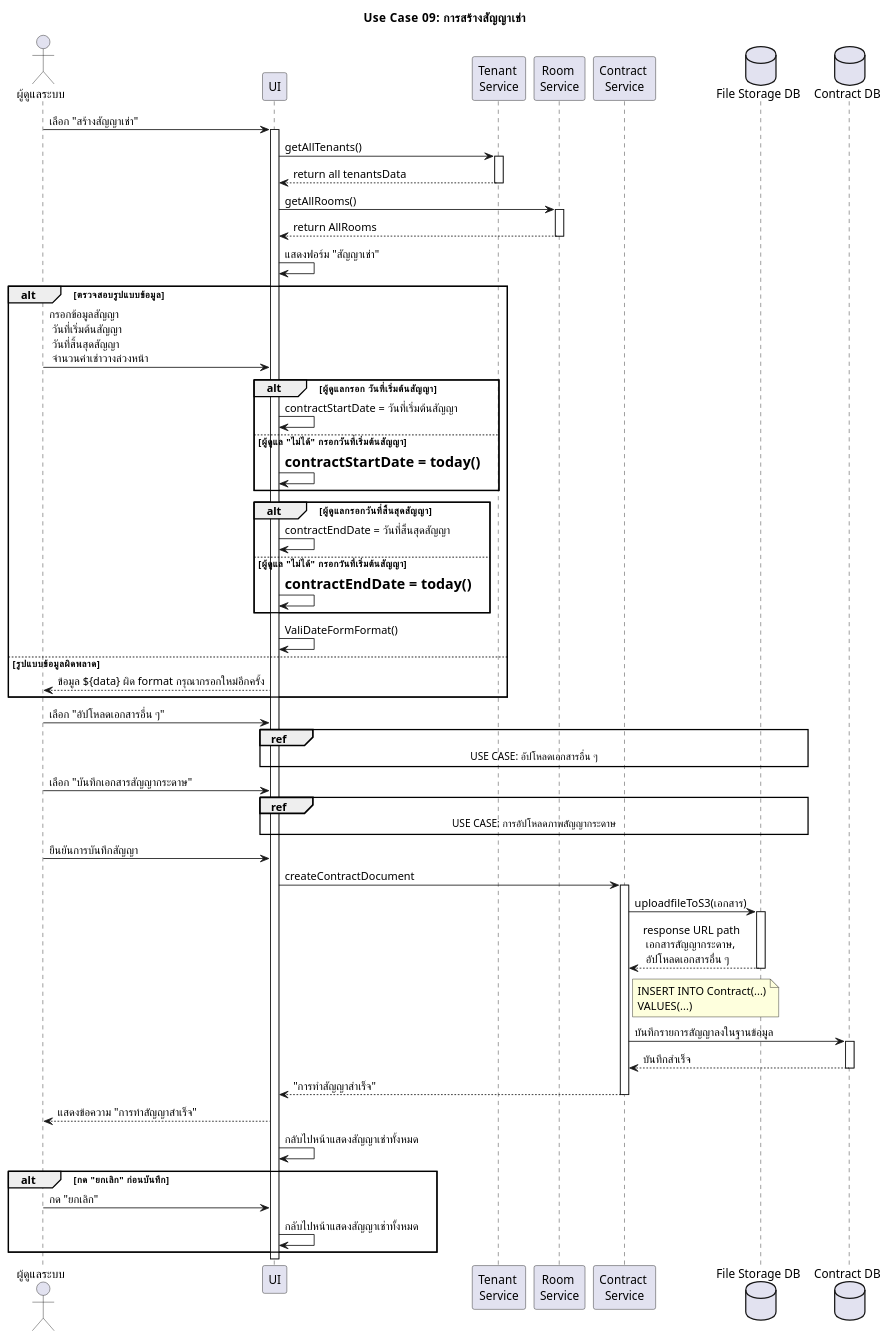
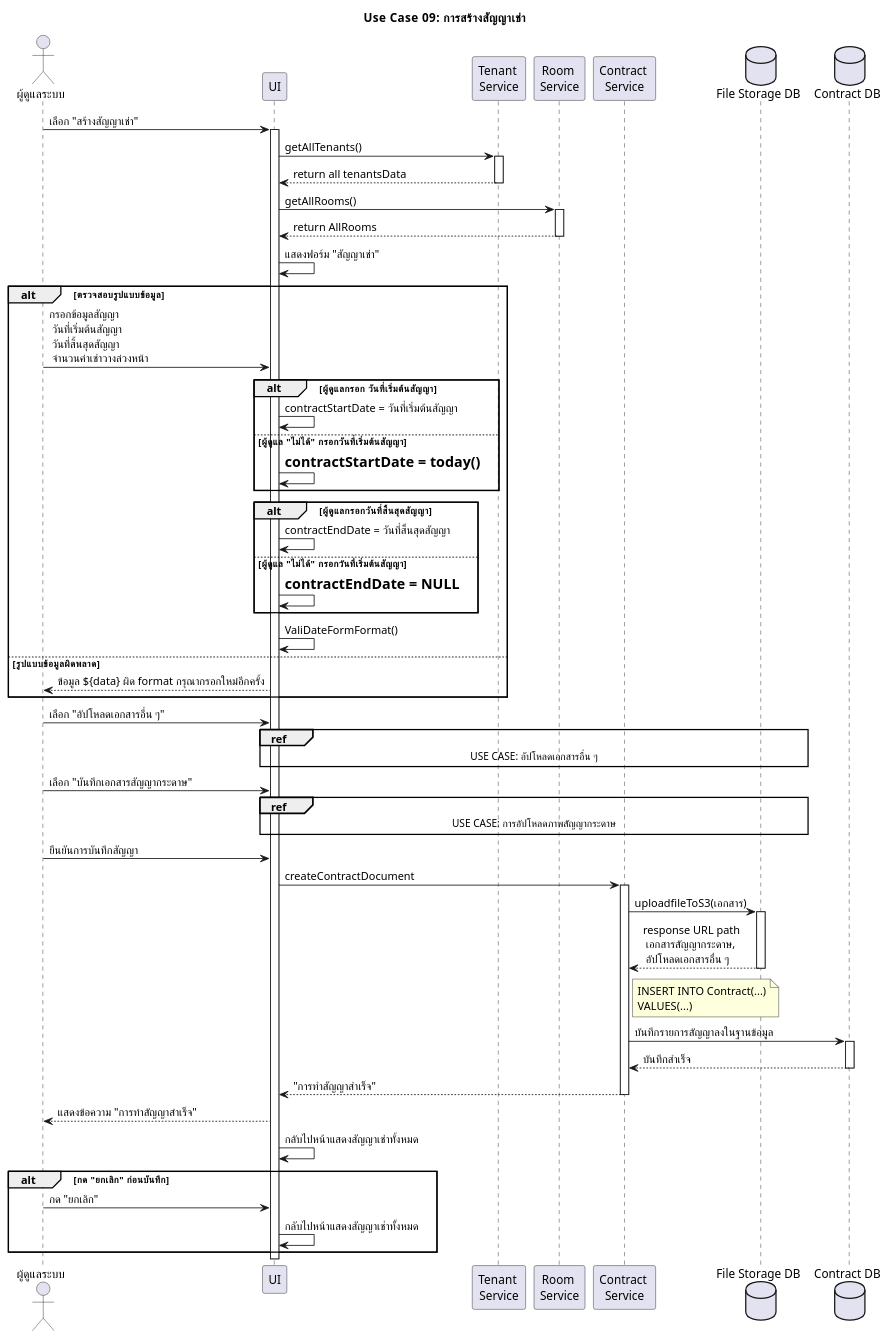
One commit to warinyang/UML-monthly-room-rent changed the diagram in usecase09_create_contract.plantuml. Above: the diagram before and after it, drawn with PlantUML.

```diff
--- a/usecase09_create_contract.plantuml
+++ b/usecase09_create_contract.plantuml
@@ -1,85 +1,85 @@
 @startuml
 skinparam defaultFontName "TH Sarabun New"
 title Use Case 09: การสร้างสัญญาเช่า
 actor "ผู้ดูแลระบบ" as Admin
 participant "UI" as UI
 participant "Tenant \nService" as TeMS
 participant "Room \nService" as RoMS
 
 participant "Contract \nService" as ConMS
 database "File Storage DB" as S3
 database "Contract DB" as DB
 
 Admin -> UI      : เลือก "สร้างสัญญาเช่า"
 activate UI
 
 
 UI -> TeMS         :  getAllTenants()
 activate TeMS
 TeMS-->UI:  return all tenantsData 
 deactivate TeMS
 
 
 UI -> RoMS         :  getAllRooms()
 activate RoMS
 RoMS --> UI        : return AllRooms
 deactivate RoMS
 
 
 UI -> UI         : แสดงฟอร์ม "สัญญาเช่า"
 alt ตรวจสอบรูปแบบข้อมูล
 Admin -> UI      : กรอกข้อมูลสัญญา\n วันที่เริ่มต้นสัญญา \n วันที่สิ้นสุดสัญญา \n จำนวนค่าเช่าวางล่วงหน้า
 
 alt ผู้ดูแลกรอก วันที่เริ่มต้นสัญญา
 UI -> UI         :  contractStartDate = วันที่เริ่มต้นสัญญา
 else ผู้ดูแล "ไม่ได้" กรอกวันที่เริ่มต้นสัญญา 
 UI -> UI         :  =contractStartDate = today()
 end
 
 alt ผู้ดูแลกรอกวันที่สิ้นสุดสัญญา
 UI -> UI         :  contractEndDate = วันที่สิ้นสุดสัญญา
 else ผู้ดูแล "ไม่ได้" กรอกวันที่เริ่มต้นสัญญา 
-UI -> UI         :  =contractEndDate = today()
+UI -> UI         :  =contractEndDate = NULL
 end
 
 UI -> UI  : ValiDateFormFormat()
 
 else รูปแบบข้อมูลผิดพลาด
 UI --> Admin: ข้อมูล ${data} ผิด format กรุณากรอกใหม่อีกครั้ง
 end
 Admin -> UI      : เลือก "อัปโหลดเอกสารอื่น ๆ"
 ref over UI, S3 : USE CASE: อัปโหลดเอกสารอื่น ๆ 
 
 Admin -> UI      : เลือก "บันทึกเอกสารสัญญากระดาษ"
 ref over UI, S3 : USE CASE: การอัปโหลดภาพสัญญากระดาษ
 
 Admin -> UI      : ยืนยันการบันทึกสัญญา
 
 UI -> ConMS         : createContractDocument
 activate ConMS
 
 ConMS -> S3: uploadfileToS3(เอกสาร)
 activate S3
 S3 --> ConMS: response URL path \n เอกสารสัญญากระดาษ, \n อัปโหลดเอกสารอื่น ๆ
 deactivate S3
 
 note right of ConMS
 INSERT INTO Contract(...)
 VALUES(...)
 end note 
 ConMS -> DB:  บันทึกรายการสัญญาลงในฐานข้อมูล
 activate DB
 DB --> ConMS: บันทึกสำเร็จ
 deactivate DB
 ConMS --> UI        : "การทำสัญญาสำเร็จ"
 deactivate ConMS
 
 UI --> Admin    : แสดงข้อความ "การทำสัญญาสำเร็จ"
 UI -> UI         : กลับไปหน้าแสดงสัญญาเช่าทั้งหมด
 
 alt กด "ยกเลิก" ก่อนบันทึก
     Admin -> UI      : กด "ยกเลิก"
     UI -> UI         : กลับไปหน้าแสดงสัญญาเช่าทั้งหมด
 end
 
 @enduml
```
